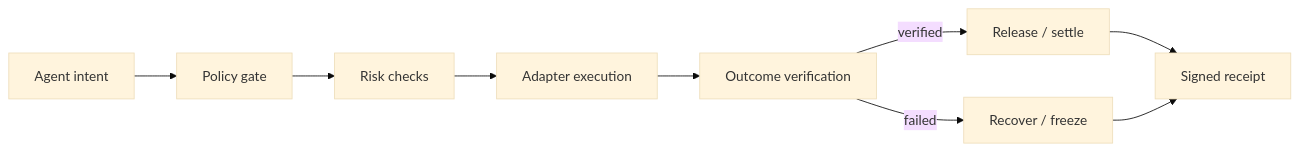
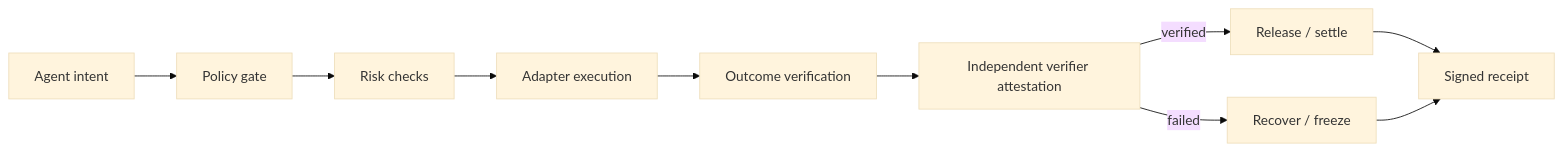
Before and after one commit to 0xCaptain888/agent-control-plane: the diagram in README.md, drawn with Mermaid (base theme). The commit also changed other lines of this file and 29 other files, not shown here.

````diff
--- a/README.md
+++ b/README.md
@@ -42,11 +42,12 @@
 ```mermaid
 flowchart LR
     A[Agent intent] --> B[Policy gate]
     B --> C[Risk checks]
     C --> D[Adapter execution]
     D --> E[Outcome verification]
-    E -->|verified| F[Release / settle]
-    E -->|failed| G[Recover / freeze]
+    E --> I[Independent verifier attestation]
+    I -->|verified| F[Release / settle]
+    I -->|failed| G[Recover / freeze]
     F --> H[Signed receipt]
     G --> H
 ```
````
